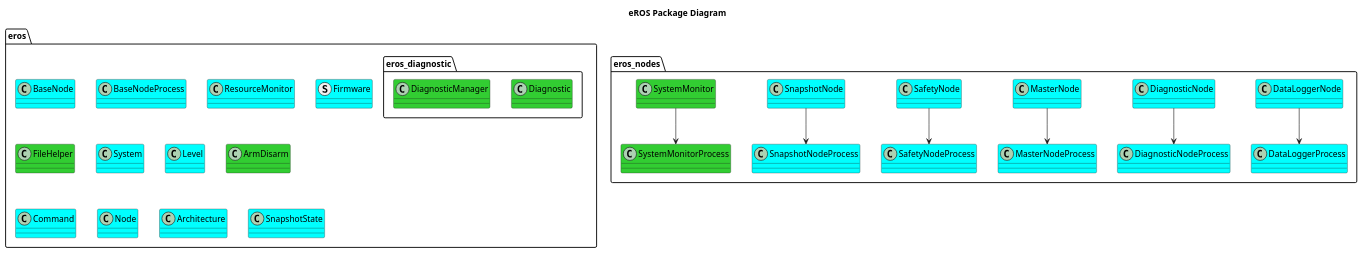
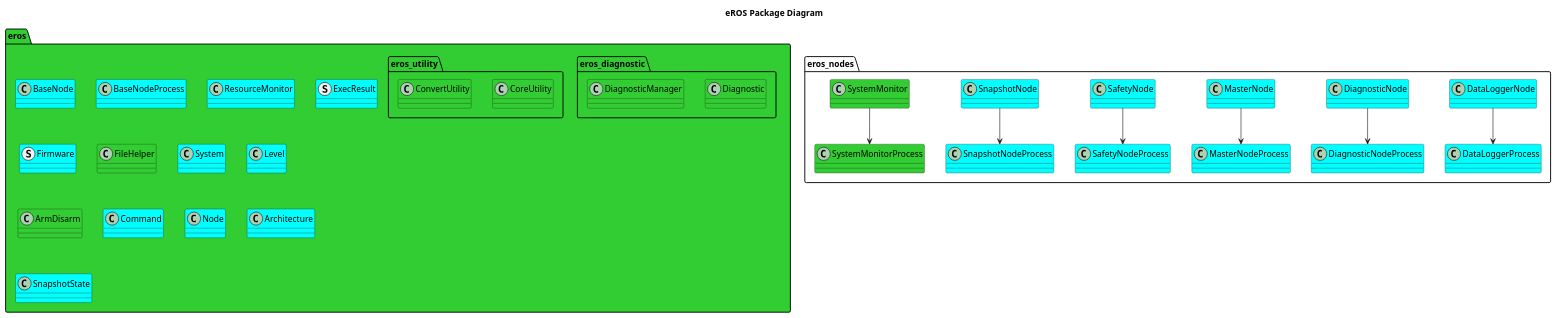
The diagram in doc/EROSPackageDiagram.puml (dgitz/eros), drawn with PlantUML before and after one commit. The commit also changed 45 other files, not shown here.

```diff
--- a/doc/EROSPackageDiagram.puml
+++ b/doc/EROSPackageDiagram.puml
@@ -1,43 +1,49 @@
 @startuml
 title eROS Package Diagram
-package eros {
+package eros #LimeGreen {
     class BaseNode #Cyan
     class BaseNodeProcess #Cyan
     
     class ResourceMonitor #Cyan
+    struct ExecResult #Cyan
     struct Firmware #Cyan
     class FileHelper #LimeGreen
     class System #Cyan
     class Level #Cyan
     class ArmDisarm #LimeGreen
     class Command #Cyan
     class Node #Cyan
     class Architecture #Cyan
     class SnapshotState #Cyan
-    package eros_diagnostic {
+    namespace eros_diagnostic #LimeGreen {
         class Diagnostic #LimeGreen
         class DiagnosticManager #LimeGreen
     }
+    namespace eros_utility {
+        class CoreUtility #LimeGreen
+        class ConvertUtility #LimeGreen
+    }
+
 
 }
 package eros_nodes {
     class DataLoggerNode #Cyan
     class DataLoggerProcess #Cyan
     DataLoggerNode --> DataLoggerProcess
     class DiagnosticNode #Cyan
     class DiagnosticNodeProcess #Cyan
     DiagnosticNode --> DiagnosticNodeProcess
     class MasterNode #Cyan
     class MasterNodeProcess #Cyan
     MasterNode --> MasterNodeProcess
     class SafetyNode #Cyan
     class SafetyNodeProcess #Cyan
     SafetyNode --> SafetyNodeProcess
     class SnapshotNode #Cyan
     class SnapshotNodeProcess #Cyan
     SnapshotNode --> SnapshotNodeProcess
     class SystemMonitor #LimeGreen
     class SystemMonitorProcess #LimeGreen
     SystemMonitor --> SystemMonitorProcess
 }
 @enduml
```
